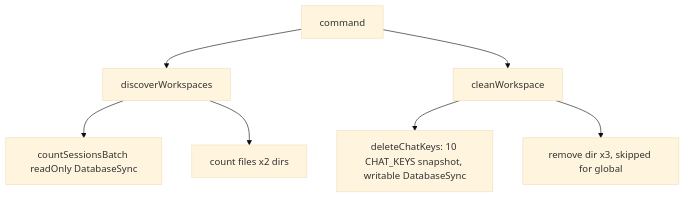
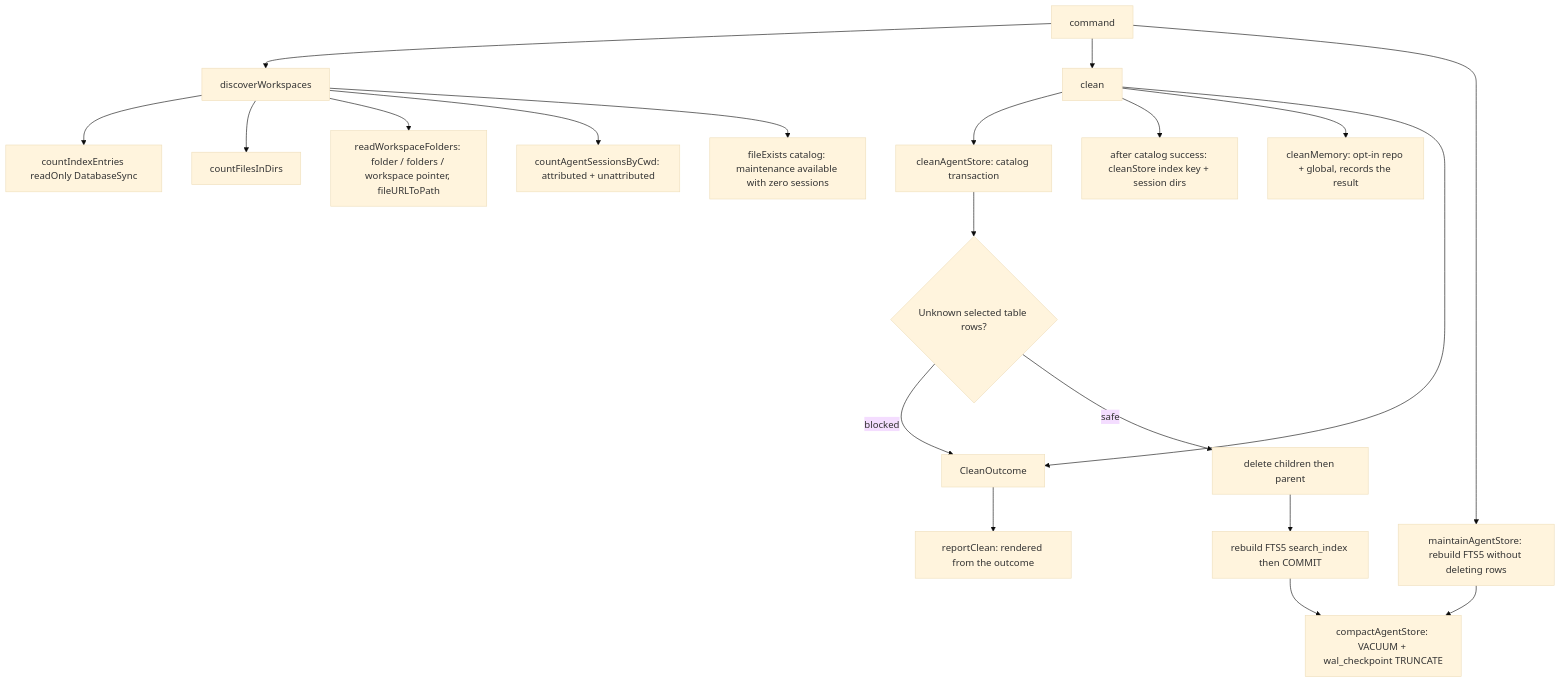
Before and after one commit to fuzzifikation/vLLM-Copilot: diagram 17 of 18 in docs/complexity-audit.md, drawn with Mermaid (base theme). The commit also changed other lines of this file and 34 other files, not shown here.

First line of the commit message:
Wipe conversation bytes from the catalog, not just the rows; stage VSIX packaging

````diff
--- a/docs/complexity-audit.md
+++ b/docs/complexity-audit.md
@@ -650,9 +648,22 @@
 ```mermaid
 flowchart TD
     CMD[command] --> DISC[discoverWorkspaces]
-    DISC --> CNT[countSessionsBatch readOnly DatabaseSync]
-    DISC --> FSC[count files x2 dirs]
-    CMD --> CLEAN[cleanWorkspace]
-    CLEAN --> DEL[deleteChatKeys: 10 CHAT_KEYS snapshot, writable DatabaseSync]
-    CLEAN --> RM[remove dir x3, skipped for global]
+    DISC --> CNT[countIndexEntries readOnly DatabaseSync]
+    DISC --> FSC[countFilesInDirs]
+    DISC --> FOLD[readWorkspaceFolders: folder / folders / workspace pointer, fileURLToPath]
+    DISC --> CAT[countAgentSessionsByCwd: attributed + unattributed]
+    DISC --> PRES[fileExists catalog: maintenance available with zero sessions]
+    CMD --> CLEAN[clean]
+    CLEAN --> AG[cleanAgentStore: catalog transaction]
+    AG --> GUARD{Unknown selected table rows?}
+    GUARD -->|blocked| OUT
+    GUARD -->|safe| DEL[delete children then parent]
+    DEL --> IDX[rebuild FTS5 search_index then COMMIT]
+    IDX --> VAC[compactAgentStore: VACUUM + wal_checkpoint TRUNCATE]
+    CLEAN --> STORE[after catalog success: cleanStore index key + session dirs]
+    CLEAN --> MEM[cleanMemory: opt-in repo + global, records the result]
+    CMD --> MAINT[maintainAgentStore: rebuild FTS5 without deleting rows]
+    MAINT --> VAC
+    CLEAN --> OUT[CleanOutcome]
+    OUT --> REPORT[reportClean: rendered from the outcome]
 ```
````
